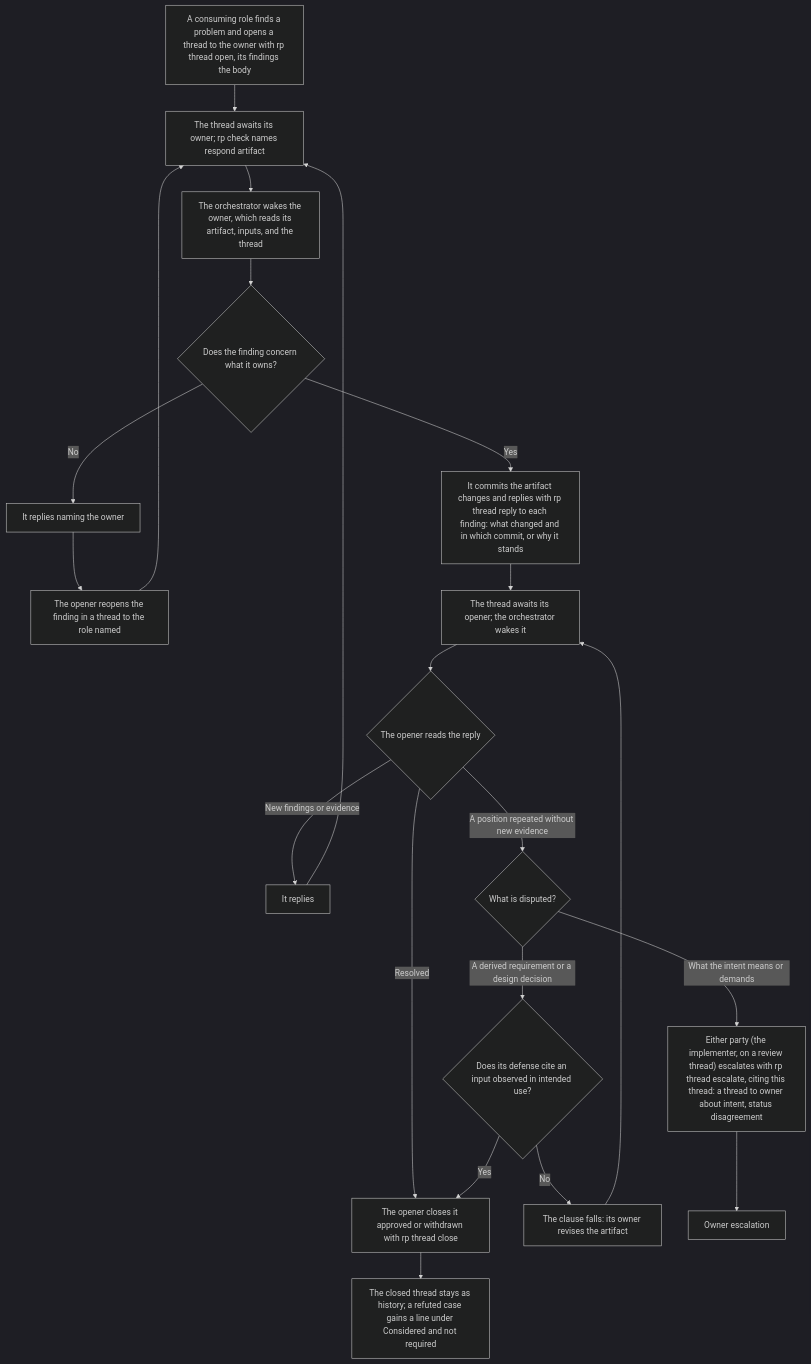
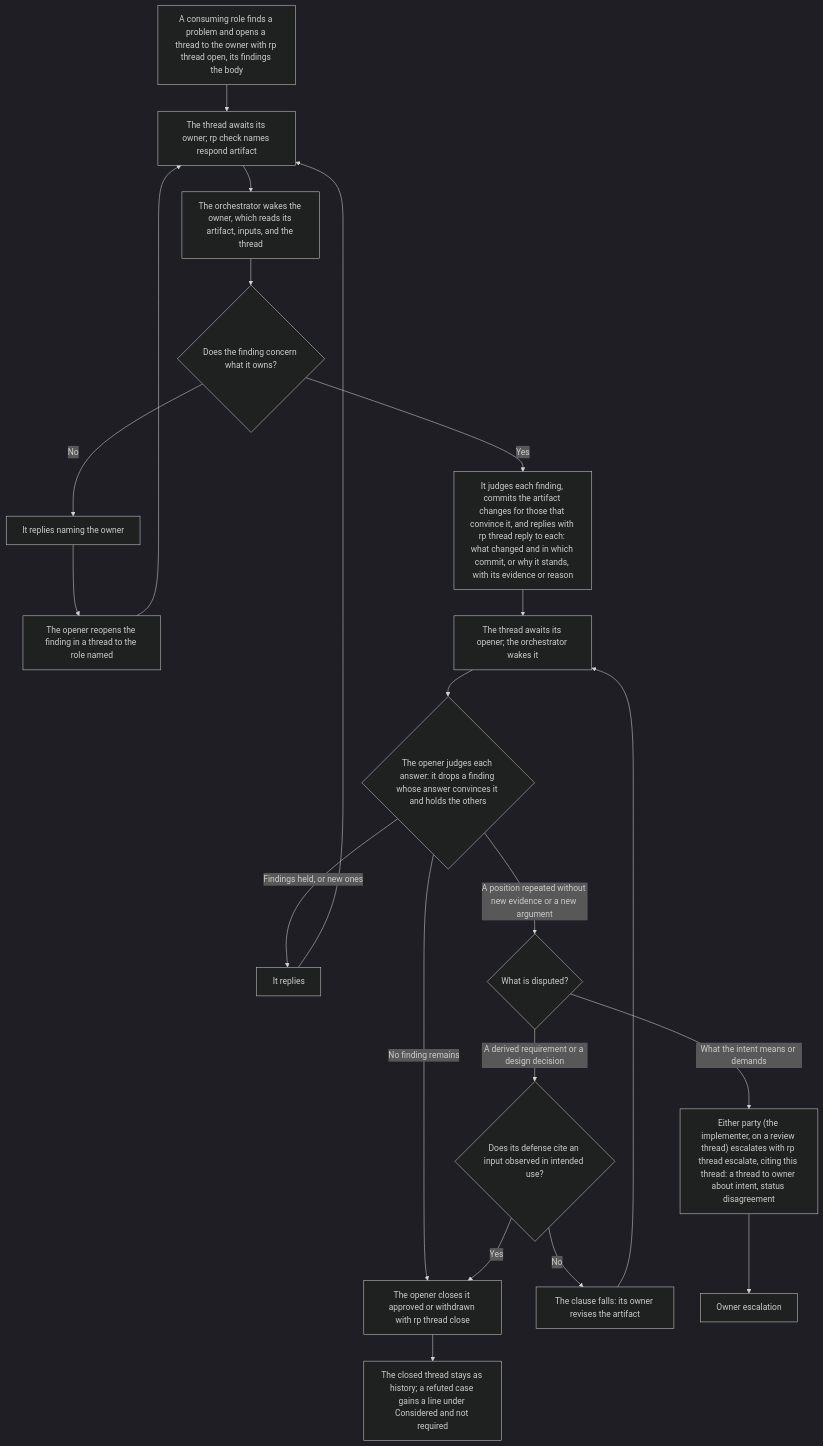
Before and after one commit to Automattic/radical-pipelines: the diagram in docs/flowcharts/threads.md, drawn with Mermaid (dark theme). The commit also changed 8 other files, not shown here.

````diff
--- a/docs/flowcharts/threads.md
+++ b/docs/flowcharts/threads.md
@@ -5,23 +5,23 @@
 ```mermaid
 flowchart TD
     OPEN["A consuming role finds a problem and opens a thread to the owner with rp thread open, its findings the body"] --> AW1["The thread awaits its owner; rp check names respond artifact"]
     AW1 --> OWNER["The orchestrator wakes the owner, which reads its artifact, inputs, and the thread"]
     OWNER --> OWNS{"Does the finding concern what it owns?"}
     OWNS -->|No| NAME["It replies naming the owner"]
     NAME --> REOPEN["The opener reopens the finding in a thread to the role named"]
     REOPEN --> AW1
-    OWNS -->|Yes| ANSWER["It commits the artifact changes and replies with rp thread reply to each finding: what changed and in which commit, or why it stands"]
+    OWNS -->|Yes| ANSWER["It judges each finding, commits the artifact changes for those that convince it, and replies with rp thread reply to each: what changed and in which commit, or why it stands, with its evidence or reason"]
     ANSWER --> AW2["The thread awaits its opener; the orchestrator wakes it"]
-    AW2 --> READ{"The opener reads the reply"}
-    READ -->|Resolved| CLOSED["The opener closes it approved or withdrawn with rp thread close"]
-    READ -->|New findings or evidence| AGAIN["It replies"]
+    AW2 --> READ{"The opener judges each answer: it drops a finding whose answer convinces it and holds the others"}
+    READ -->|No finding remains| CLOSED["The opener closes it approved or withdrawn with rp thread close"]
+    READ -->|Findings held, or new ones| AGAIN["It replies"]
     AGAIN --> AW1
-    READ -->|A position repeated without new evidence| DIS{"What is disputed?"}
+    READ -->|A position repeated without new evidence or a new argument| DIS{"What is disputed?"}
     DIS -->|A derived requirement or a design decision| OBS{"Does its defense cite an input observed in intended use?"}
     OBS -->|Yes| CLOSED
     OBS -->|No| REVISE["The clause falls: its owner revises the artifact"]
     REVISE --> AW2
     DIS -->|What the intent means or demands| ESC["Either party (the implementer, on a review thread) escalates with rp thread escalate, citing this thread: a thread to owner about intent, status disagreement"]
     ESC --> OE["Owner escalation"]
     CLOSED --> HIST["The closed thread stays as history; a refuted case gains a line under Considered and not required"]
 ```
````
